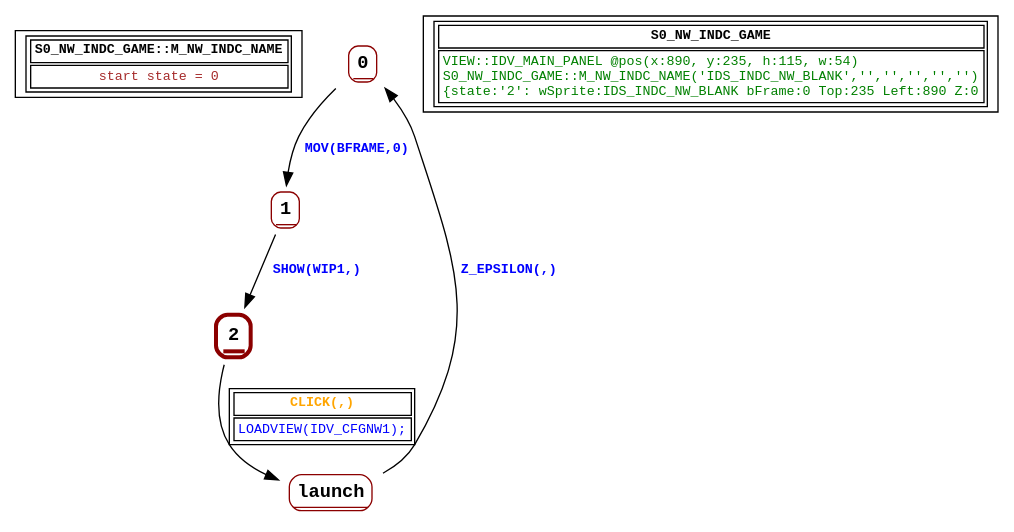
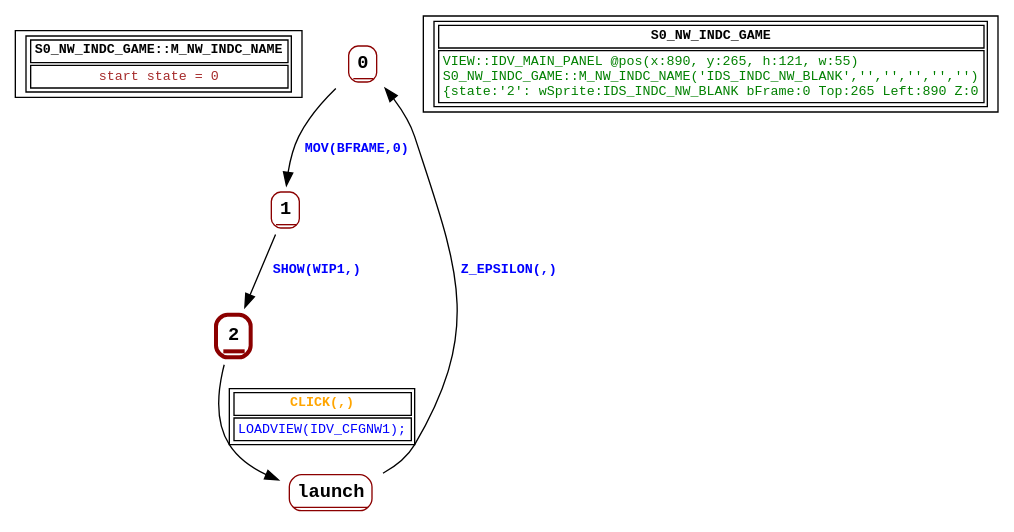
One commit to guy-stewart/AzariaCD changed the diagram in graphs/S0_NW_INDC_GAME.dot. Above: the diagram before and after it, drawn with Graphviz. The commit also changed 31 other files, not shown here.

```diff
--- a/graphs/S0_NW_INDC_GAME.dot
+++ b/graphs/S0_NW_INDC_GAME.dot
@@ -1,30 +1,30 @@
 digraph Automaton {
  fontname="Courier New"
 	node [shape=oval, fontname="Courier New"];
 	filename[shape = record, fontsize=10, label=< <table border="1"><tr><td><b>S0_NW_INDC_GAME::M_NW_INDC_NAME<br align="left"/></b></td></tr>
 <tr><td><font point-size="10" color ="brown">start state = 0<br align="left"/></font></td></tr></table>>
 ];
 	0[shape = none, fontsize=14, label=< <table border="1" color="darkred" style="rounded"><tr><td sides="b"><b>0<br align="left"/></b></td></tr>
 </table>>];
 "0" -> "1" [fontcolor=blue,fontsize=10,fontname="Courier New", label=< <table border="0"><tr><td><b>MOV(BFRAME,0)<br align="left"/></b></td></tr>
 </table>>
 ];
 	1[shape = none, fontsize=14, label=< <table border="1" color="darkred" style="rounded"><tr><td sides="b"><b>1<br align="left"/></b></td></tr>
 </table>>];
 "1" -> "2" [fontcolor=blue,fontsize=10,fontname="Courier New", label=< <table border="0"><tr><td><b>SHOW(WIP1,)<br align="left"/></b></td></tr>
 </table>>
 ];
 	2[shape = none, fontsize=14, label=< <table border="3" color="darkred" style="rounded"><tr><td sides="b"><b>2<br align="left"/></b></td></tr>
 </table>>];
 "2" -> "launch" [fontcolor=orange,fontsize=10,fontname="Courier New", label=< <table border="1"><tr><td><b>CLICK(,)<br align="left"/></b></td></tr>
 <tr><td><font point-size="10" color ="blue">LOADVIEW(IDV_CFGNW1);<br align="left"/></font></td></tr></table>>
 ];
 	launch[shape = none, fontsize=14, label=< <table border="1" color="darkred" style="rounded"><tr><td sides="b"><b>launch<br align="left"/></b></td></tr>
 </table>>];
 "launch" -> "0" [fontcolor=blue,fontsize=10,fontname="Courier New", label=< <table border="0"><tr><td><b>Z_EPSILON(,)<br align="left"/></b></td></tr>
 </table>>
 ];
 	status[shape = record, fontsize=10, label=< <table border="1"><tr><td><b>S0_NW_INDC_GAME<br align="left"/></b></td></tr>
-<tr><td><font point-size="10" color ="green">VIEW::IDV_MAIN_PANEL @pos(x:890, y:235, h:115, w:54)<br align="left"/>S0_NW_INDC_GAME::M_NW_INDC_NAME(&apos;IDS_INDC_NW_BLANK&apos;,&apos;&apos;,&apos;&apos;,&apos;&apos;,&apos;&apos;,&apos;&apos;)<br align="left"/>			&#123;state:&apos;2&apos;: wSprite:IDS_INDC_NW_BLANK bFrame:0 Top:235 Left:890 Z:0<br align="left"/></font></td></tr></table>>
+<tr><td><font point-size="10" color ="green">VIEW::IDV_MAIN_PANEL @pos(x:890, y:265, h:121, w:55)<br align="left"/>S0_NW_INDC_GAME::M_NW_INDC_NAME(&apos;IDS_INDC_NW_BLANK&apos;,&apos;&apos;,&apos;&apos;,&apos;&apos;,&apos;&apos;,&apos;&apos;)<br align="left"/>			&#123;state:&apos;2&apos;: wSprite:IDS_INDC_NW_BLANK bFrame:0 Top:265 Left:890 Z:0<br align="left"/></font></td></tr></table>>
 ];
 }
```
